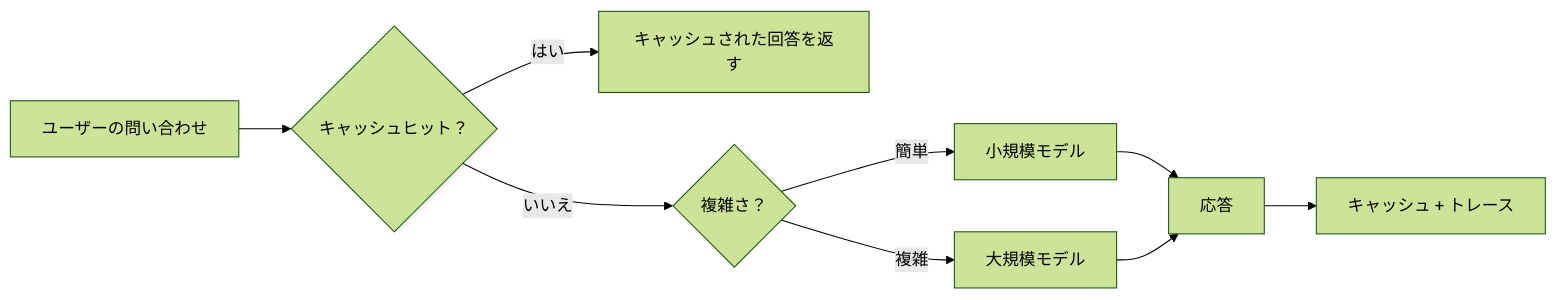
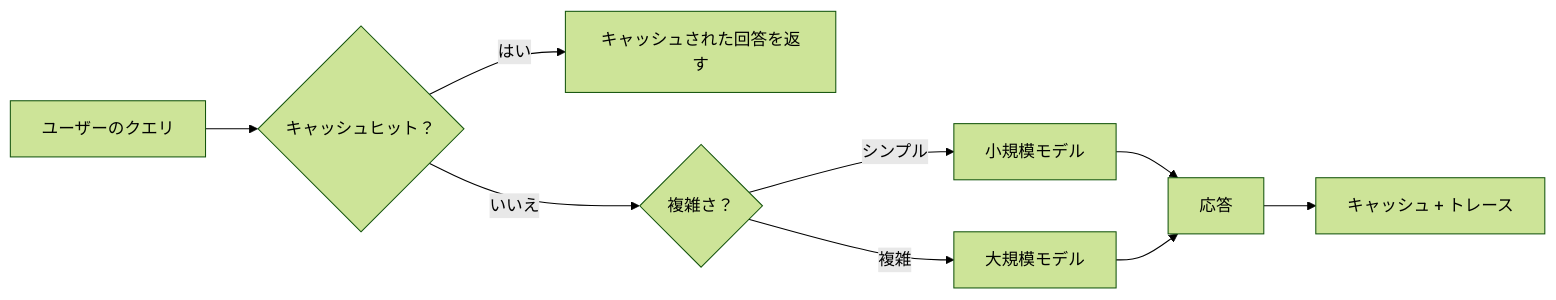
The third of 4 diagrams in mirrors/repos/microsoft@ai-agents-for-beginners/translations/ja/16-deploying-scalable-agents/README.md (gabrielmoreira/agent-skills-mirror), drawn with Mermaid (forest theme) before and after one commit. The commit also changed other lines of this file and 4262 other files, not shown here.

````diff
--- a/mirrors/repos/microsoft@ai-agents-for-beginners/translations/ja/16-deploying-scalable-agents/README.md
+++ b/mirrors/repos/microsoft@ai-agents-for-beginners/translations/ja/16-deploying-scalable-agents/README.md
@@ -134,11 +134,11 @@
 ```mermaid
 flowchart LR
-    Q[ユーザーの問い合わせ] --> C{キャッシュヒット？}
+    Q[ユーザーのクエリ] --> C{キャッシュヒット？}
     C -->|はい| R[キャッシュされた回答を返す]
     C -->|いいえ| Router{複雑さ？}
-    Router -->|簡単| SLM[小規模モデル]
+    Router -->|シンプル| SLM[小規模モデル]
     Router -->|複雑| LLM[大規模モデル]
     SLM --> Out[応答]
     LLM --> Out
     Out --> Store[キャッシュ + トレース]
 ```
````
